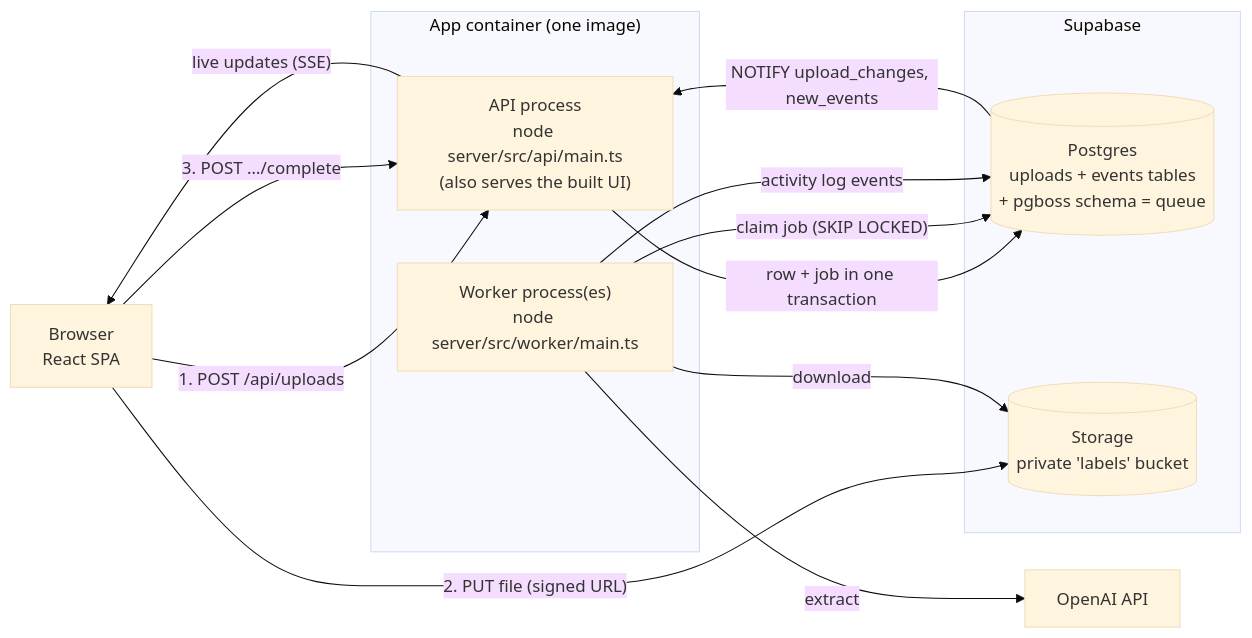
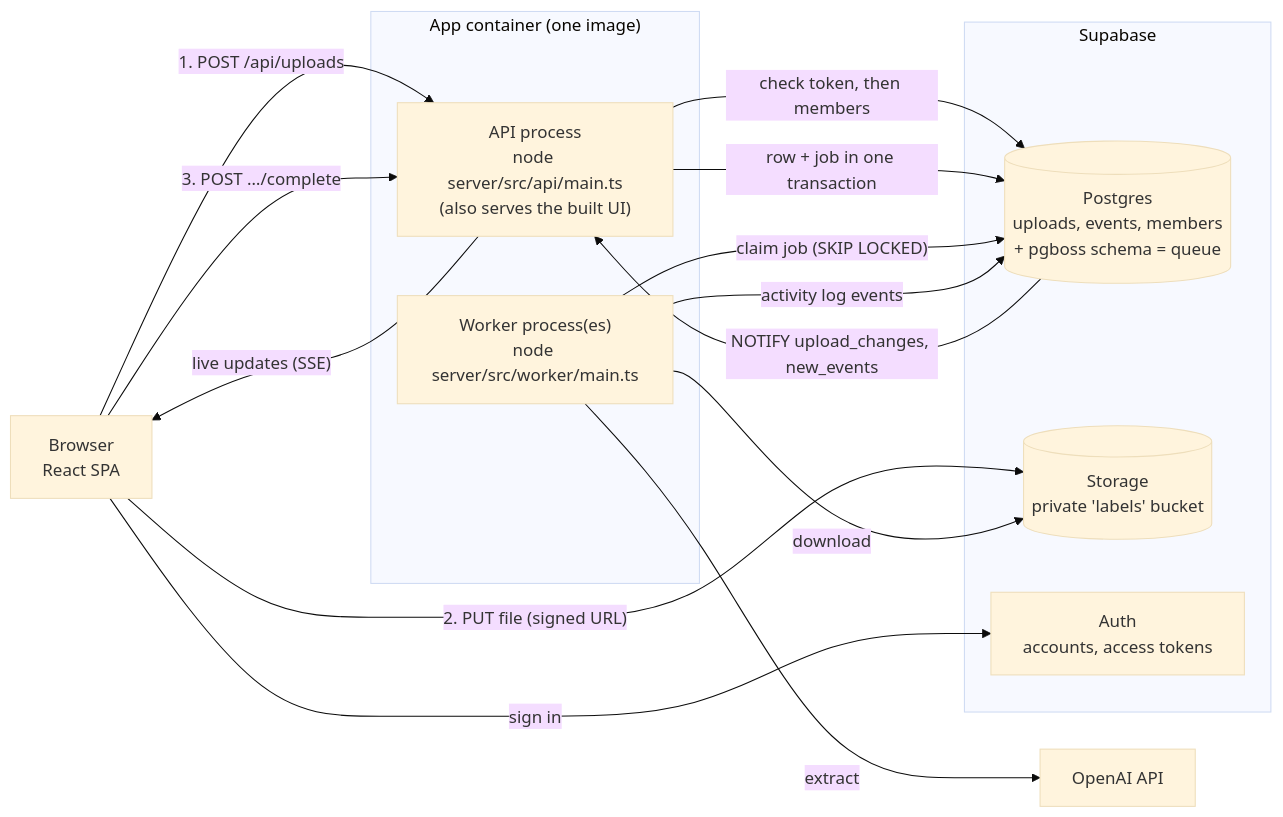
One commit to p-2411/SSTrial changed the diagram in README.md. Above: the diagram before and after it, drawn with Mermaid (base theme). The commit also changed other lines of this file and 42 other files, not shown here.

````diff
--- a/README.md
+++ b/README.md
@@ -13,24 +13,27 @@
 ```mermaid
 flowchart LR
   B[Browser<br/>React SPA]
   subgraph App["App container (one image)"]
     API["API process<br/>node server/src/api/main.ts<br/>(also serves the built UI)"]
     W["Worker process(es)<br/>node server/src/worker/main.ts"]
   end
   subgraph Supabase
-    PG[("Postgres<br/>uploads + events tables<br/>+ pgboss schema = queue")]
+    PG[("Postgres<br/>uploads, events, members<br/>+ pgboss schema = queue")]
     ST[("Storage<br/>private 'labels' bucket")]
+    AU["Auth<br/>accounts, access tokens"]
   end
   LLM[OpenAI API]
 
+  B -- "sign in" --> AU
+  API -- "check token, then members" --> PG
   B -- "1. POST /api/uploads" --> API
   B -- "2. PUT file (signed URL)" --> ST
   B -- "3. POST …/complete" --> API
   API -- "live updates (SSE)" --> B
   API -- "row + job in one transaction" --> PG
   PG -- "NOTIFY upload_changes, new_events" --> API
   W -- "claim job (SKIP LOCKED)" --> PG
   W -- download --> ST
   W -- extract --> LLM
   W -- "activity log events" --> PG
 ```
````
